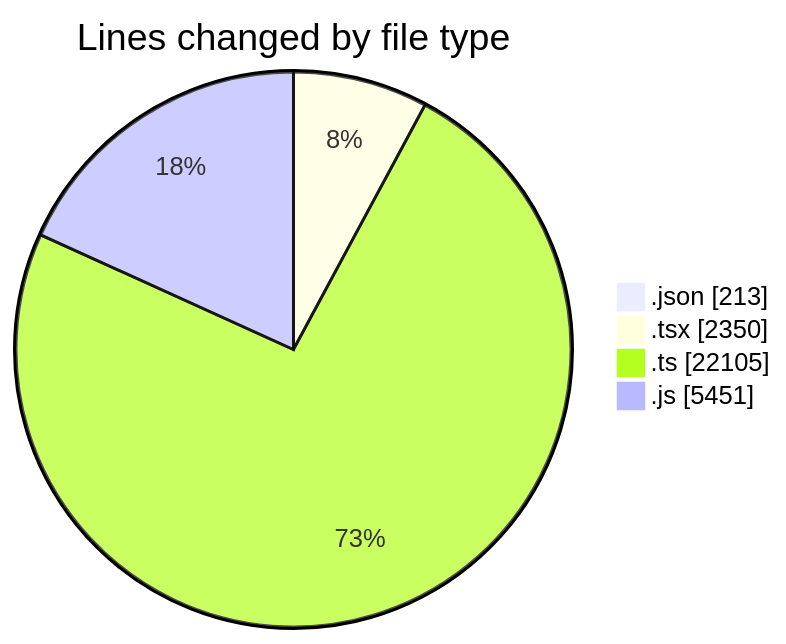
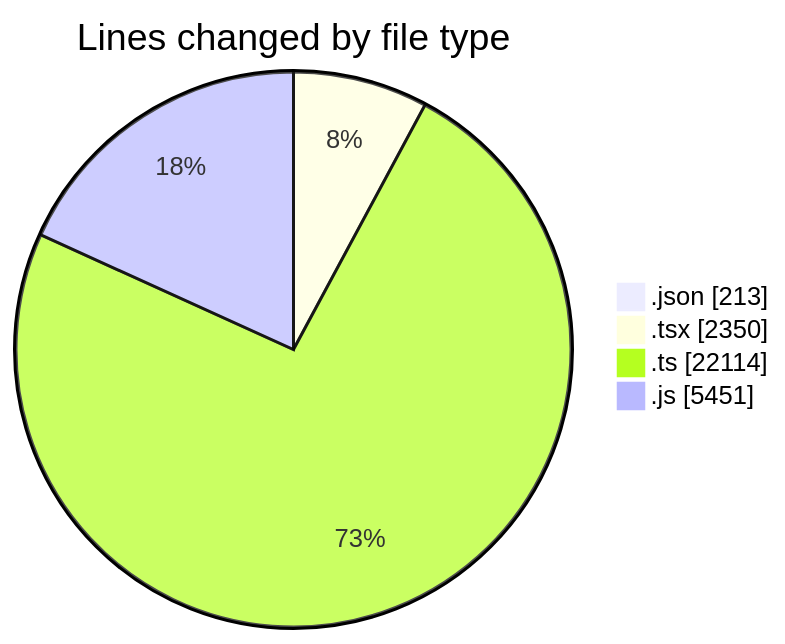
One commit to momahboobian/code-tracking changed the first of 2 diagrams in 2025-07-28/cda/README.md. Above: the diagram before and after it, drawn with Mermaid. The commit also changed other lines of this file and 1 other file, not shown here.

````diff
--- a/2025-07-28/cda/README.md
+++ b/2025-07-28/cda/README.md
@@ -35,8 +35,8 @@
 ```mermaid
 pie showData
 title Lines changed by file type
 ".json" : 213
 ".tsx" : 2350
-".ts" : 22105
+".ts" : 22114
 ".js" : 5451
 ```
````
